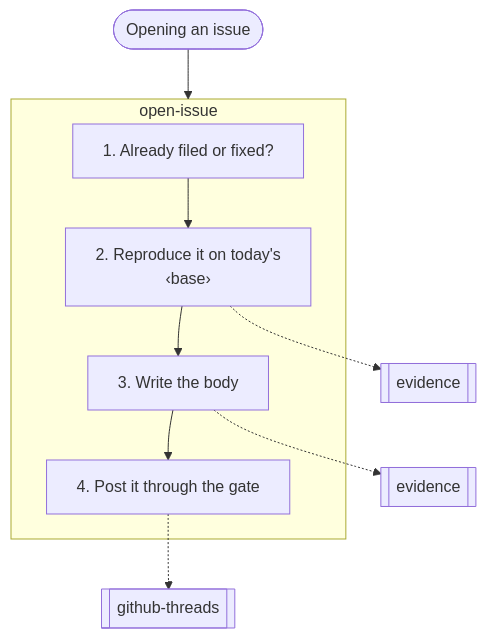
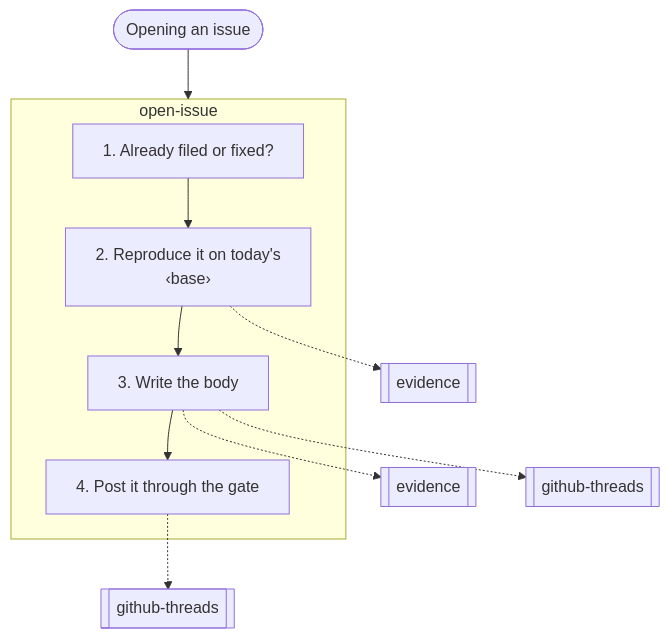
The seventh of 16 diagrams in docs/graphs.md (nitedani/mergeworthy), drawn with Mermaid before and after one commit. The commit also changed other lines of this file and 18 other files, not shown here.

````diff
--- a/docs/graphs.md
+++ b/docs/graphs.md
@@ -213,17 +213,18 @@
 ```mermaid
 flowchart TB
   start(["Opening an issue"])
   subgraph g0["open-issue"]
     s0["1. Already filed or fixed?"]
     s1["2. Reproduce it on today's<br/>‹base›"]
     s0 --> s1
     s2["3. Write the body"]
     s1 --> s2
     s3["4. Post it through the gate"]
     s2 --> s3
   end
   s1 -.-> r1[["evidence"]]
   s2 -.-> r2[["evidence"]]
-  s3 -.-> r3[["github-threads"]]
+  s2 -.-> r3[["github-threads"]]
+  s3 -.-> r4[["github-threads"]]
   start --> g0
 ```
````
